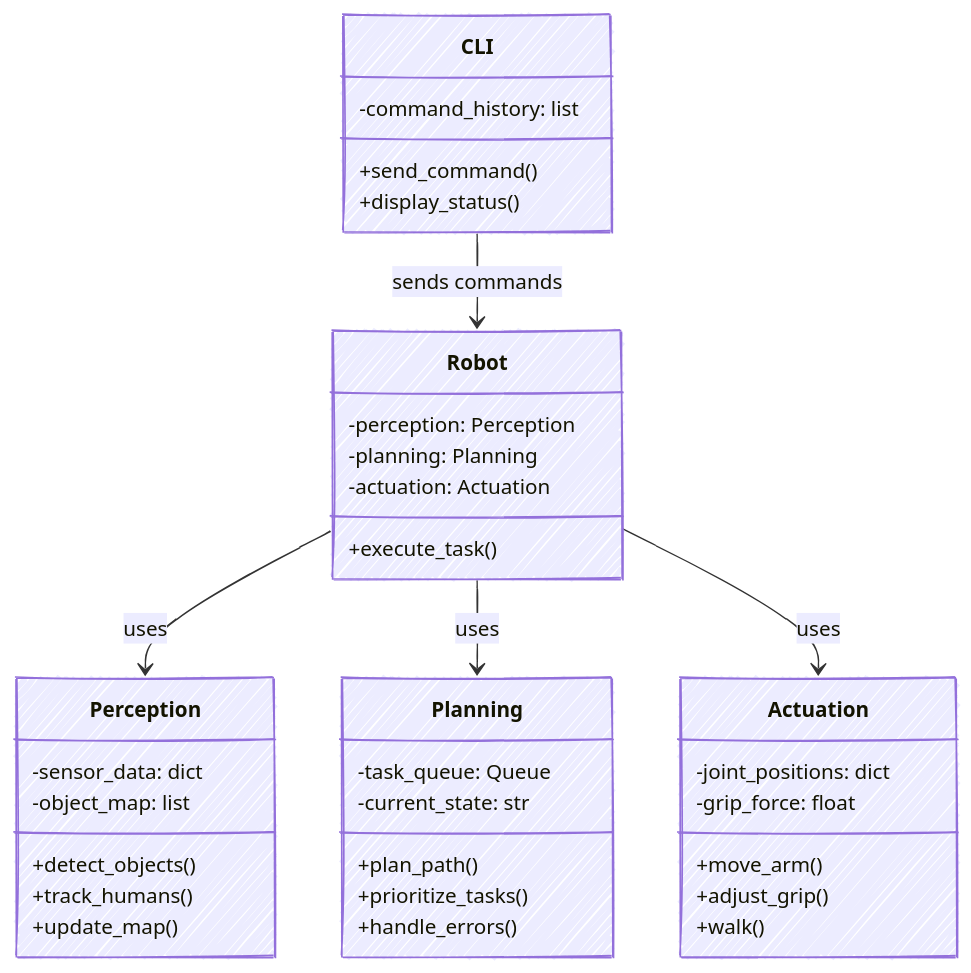
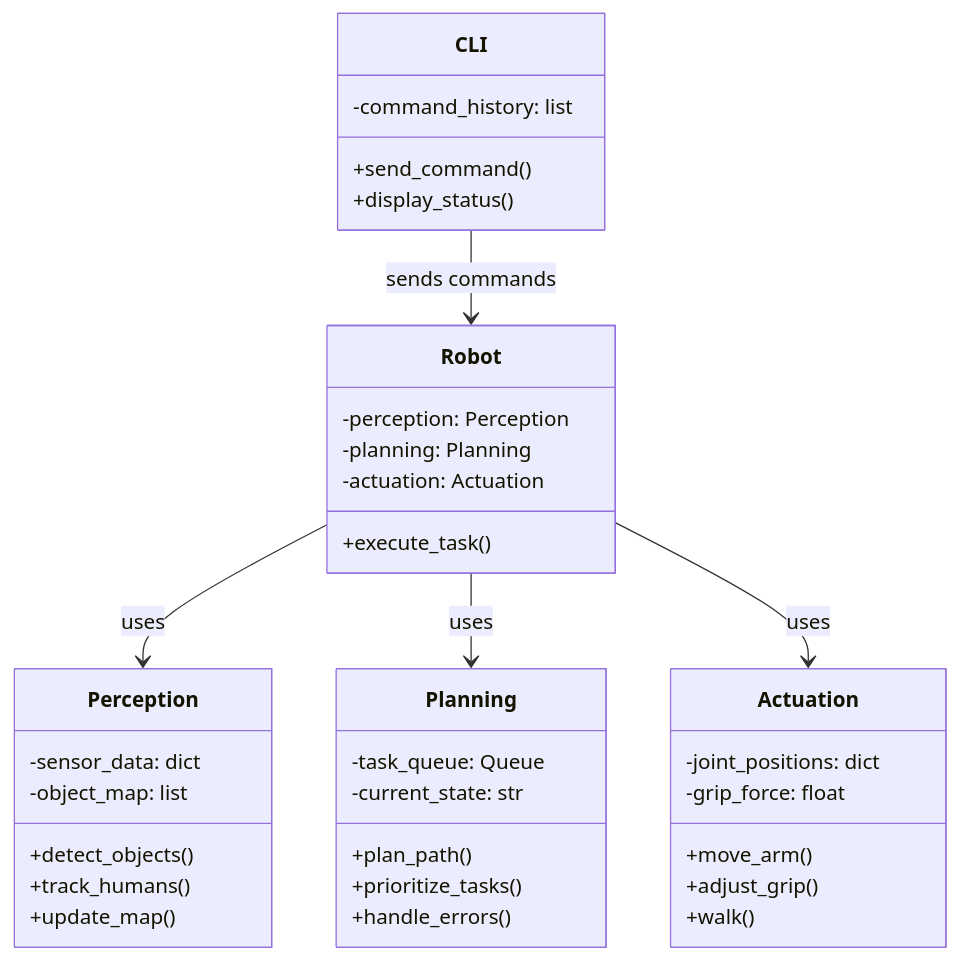
The second of 4 diagrams in README.MD (ImraanMeyer/humanoid_robot_designs), drawn with Mermaid before and after one commit. The commit also changed other lines of this file, not shown here.

Commit message:
remove theme options

````diff
--- a/README.MD
+++ b/README.MD
@@ -29,51 +27,49 @@
 ```mermaid
 ---
 config:
-  look: handDrawn
-  theme: default
   layout: dagre
 ---
 
 classDiagram
     class Perception {
         -sensor_data: dict
         -object_map: list
         +detect_objects()
         +track_humans()
         +update_map()
     }
 
     class Planning {
         -task_queue: Queue
         -current_state: str
         +plan_path()
         +prioritize_tasks()
         +handle_errors()
     }
 
     class Actuation {
         -joint_positions: dict
         -grip_force: float
         +move_arm()
         +adjust_grip()
         +walk()
     }
 
     class CLI {
         -command_history: list
         +send_command()
         +display_status()
     }
 
     class Robot {
         -perception: Perception
         -planning: Planning
         -actuation: Actuation
         +execute_task()
     }
 
     CLI --> Robot : sends commands
     Robot --> Perception : uses
     Robot --> Planning : uses
     Robot --> Actuation : uses
 ```
````
